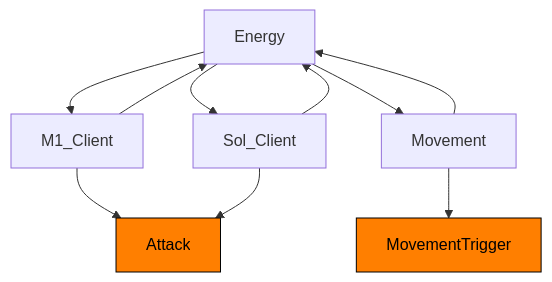
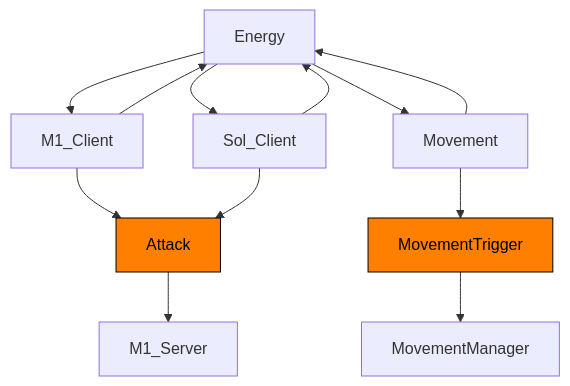
Before and after one commit to altair5607249/Crusaders-Game: the diagram in README.md, drawn with Mermaid. The commit also changed other lines of this file, not shown here.

````diff
--- a/README.md
+++ b/README.md
@@ -21,14 +21,14 @@
 ```mermaid
 graph TD;
 
   classDef remoteEvent fill:#FF7F00,stroke:#000000,color:#000000
 
   Energy-->M1_Client-->Energy;
   Energy-->Sol_Client-->Energy;
   Energy-->Movement-->Energy;
-  M1_Client-->Attack;
+  M1_Client-->Attack-->M1_Server;
   Sol_Client-->Attack;
-  Movement-->MovementTrigger;
+  Movement-->MovementTrigger-->MovementManager;
 
   class Attack,MovementTrigger remoteEvent;
 ```  
````
